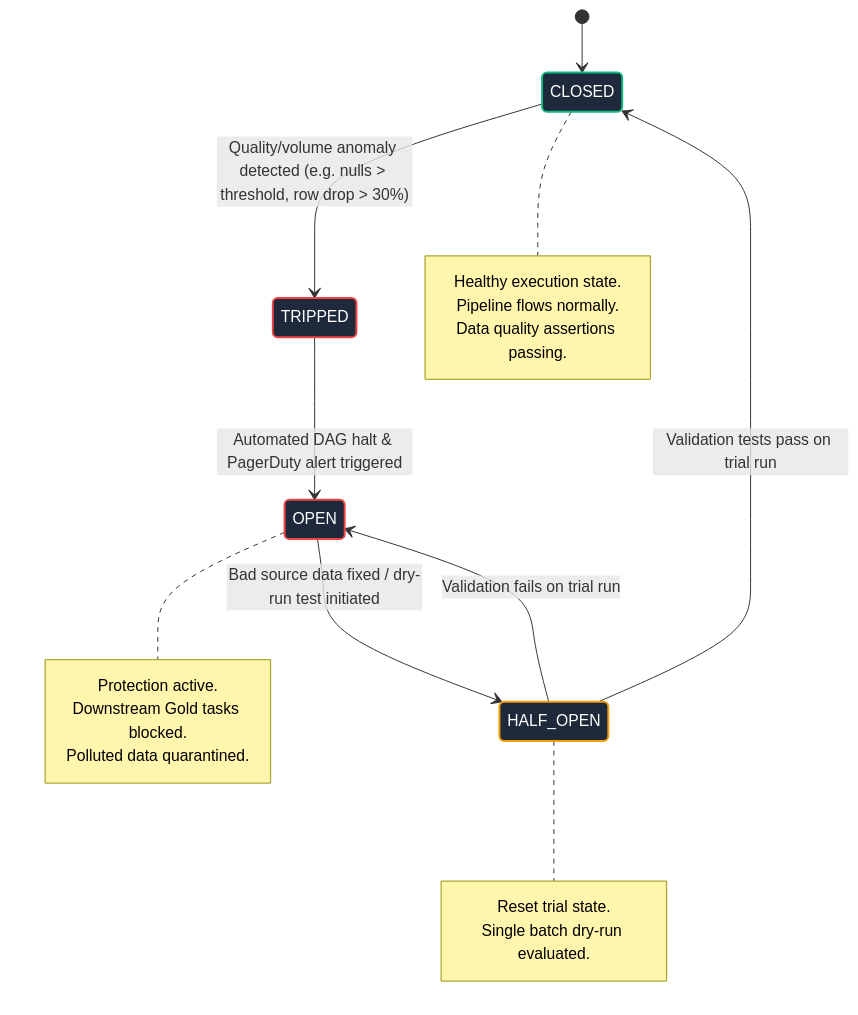
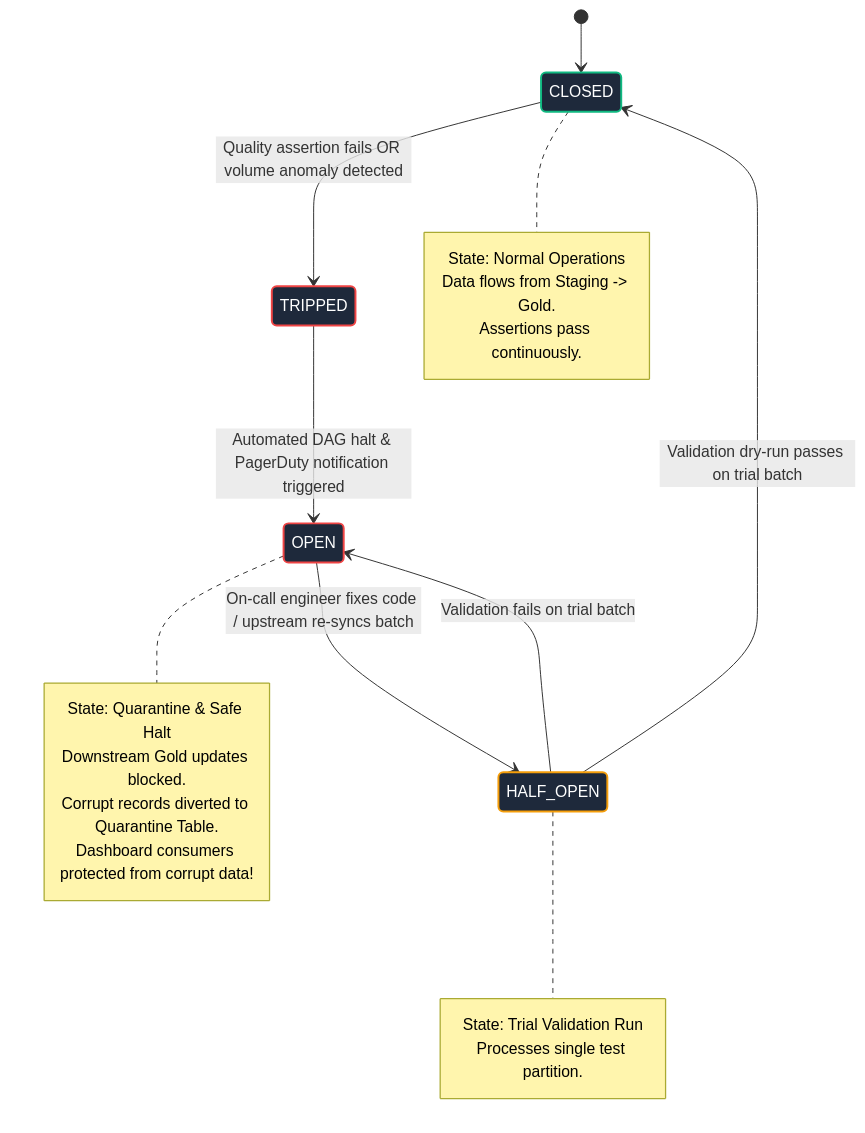
The eighth of 9 diagrams in Data Engineering/14_data_governance_security_and_observability.md (joydeep-biswas/Interview-Preparation), drawn with Mermaid before and after one commit. The commit also changed other lines of this file and 143 other files, not shown here.

````diff
--- a/Data Engineering/14_data_governance_security_and_observability.md
+++ b/Data Engineering/14_data_governance_security_and_observability.md
@@ -527,34 +844,35 @@
 ```mermaid
 stateDiagram-v2
     classDef operational fill:#1e293b,stroke:#10b981,stroke-width:2px,color:#ffffff
     classDef tripped fill:#1e293b,stroke:#ef4444,stroke-width:2px,color:#ffffff
     classDef trial fill:#1e293b,stroke:#f59e0b,stroke-width:2px,color:#ffffff
 
     [*] --> CLOSED
-    
-    CLOSED --> TRIPPED: Quality/volume anomaly detected (e.g. nulls > threshold, row drop > 30%)
+
+    CLOSED --> TRIPPED: Quality assertion fails OR volume anomaly detected
     note right of CLOSED
-        Healthy execution state.
-        Pipeline flows normally.
-        Data quality assertions passing.
+        State: Normal Operations
+        Data flows from Staging -> Gold.
+        Assertions pass continuously.
     end note
 
-    TRIPPED --> OPEN: Automated DAG halt & PagerDuty alert triggered
+    TRIPPED --> OPEN: Automated DAG halt & PagerDuty notification triggered
     note right of OPEN
-        Protection active.
-        Downstream Gold tasks blocked.
-        Polluted data quarantined.
+        State: Quarantine & Safe Halt
+        Downstream Gold updates blocked.
+        Corrupt records diverted to Quarantine Table.
+        Dashboard consumers protected from corrupt data!
     end note
 
-    OPEN --> HALF_OPEN: Bad source data fixed / dry-run test initiated
-    HALF_OPEN --> CLOSED: Validation tests pass on trial run
-    HALF_OPEN --> OPEN: Validation fails on trial run
+    OPEN --> HALF_OPEN: On-call engineer fixes code / upstream re-syncs batch
+    HALF_OPEN --> CLOSED: Validation dry-run passes on trial batch
+    HALF_OPEN --> OPEN: Validation fails on trial batch
     note right of HALF_OPEN
-        Reset trial state.
-        Single batch dry-run evaluated.
+        State: Trial Validation Run
+        Processes single test partition.
     end note
 
     class CLOSED operational
     class TRIPPED,OPEN tripped
     class HALF_OPEN trial
 ```
````
